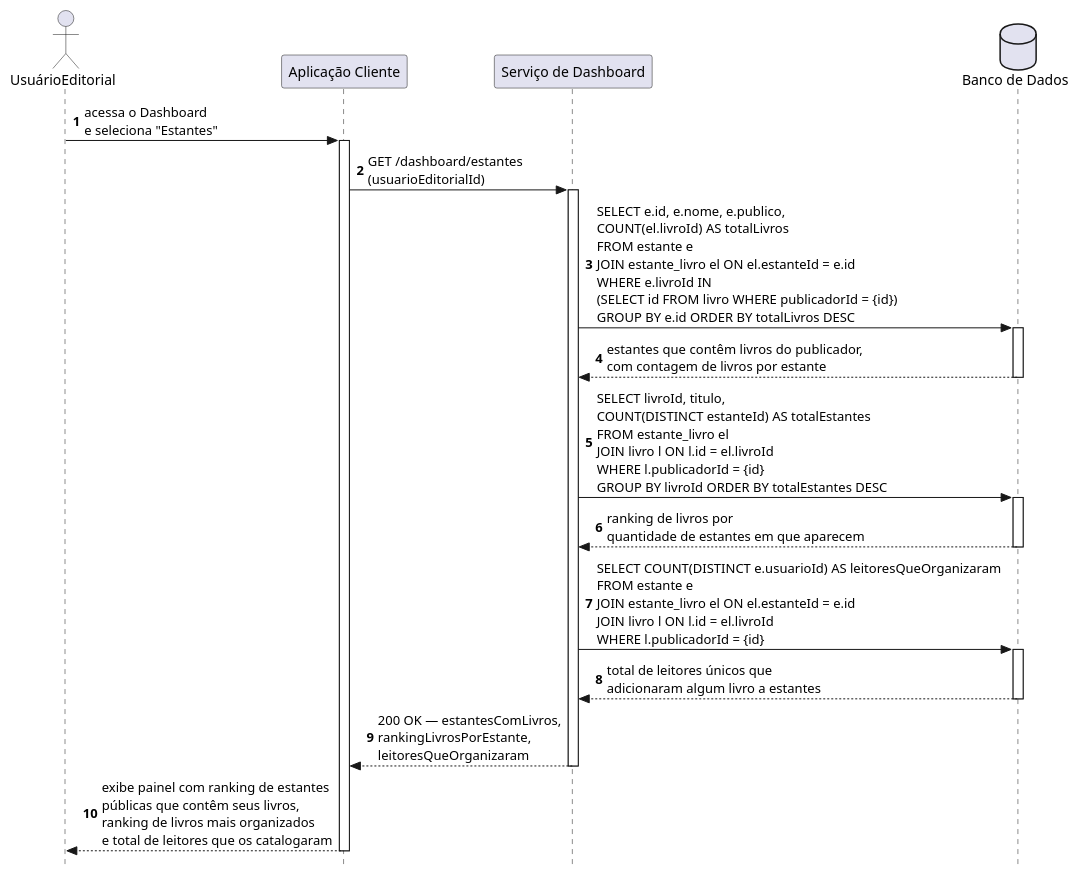
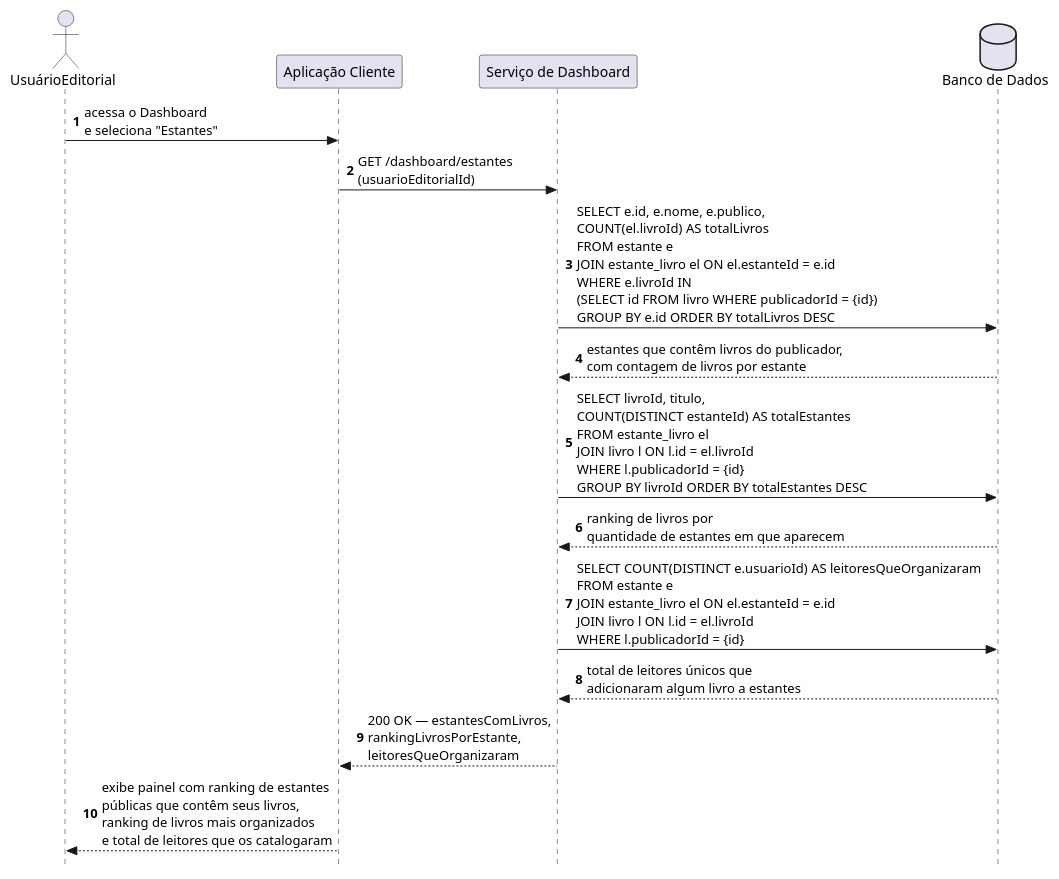
The diagram in docs/codigo-plantuml/diagramas-comunicacao/dashboard/dc-analisar_estantes.puml (jalv21/iLib), drawn with PlantUML before and after one commit.

Commit message:
docs/criando diagrama de comunicação para analisar estantes

```diff
--- a/docs/codigo-plantuml/diagramas-comunicacao/dashboard/dc-analisar_estantes.puml
+++ b/docs/codigo-plantuml/diagramas-comunicacao/dashboard/dc-analisar_estantes.puml
@@ -1,37 +1,27 @@
-@startuml ds-analisar_estantes
+@startuml dc-analisar_estantes
 autonumber
 skinparam style strictuml
 
 actor UsuarioEditorial as "UsuárioEditorial"
 participant Client           as "Aplicação Cliente"
 participant ServiceDashboard as "Serviço de Dashboard"
 database    BD               as "Banco de Dados"
 
 UsuarioEditorial -> Client : acessa o Dashboard\ne seleciona "Estantes"
-activate Client
 
 Client -> ServiceDashboard : GET /dashboard/estantes\n(usuarioEditorialId)
-activate ServiceDashboard
 
 ServiceDashboard -> BD : SELECT e.id, e.nome, e.publico,\nCOUNT(el.livroId) AS totalLivros\nFROM estante e\nJOIN estante_livro el ON el.estanteId = e.id\nWHERE e.livroId IN\n(SELECT id FROM livro WHERE publicadorId = {id})\nGROUP BY e.id ORDER BY totalLivros DESC
-activate BD
 BD --> ServiceDashboard : estantes que contêm livros do publicador,\ncom contagem de livros por estante
-deactivate BD
 
 ServiceDashboard -> BD : SELECT livroId, titulo,\nCOUNT(DISTINCT estanteId) AS totalEstantes\nFROM estante_livro el\nJOIN livro l ON l.id = el.livroId\nWHERE l.publicadorId = {id}\nGROUP BY livroId ORDER BY totalEstantes DESC
-activate BD
 BD --> ServiceDashboard : ranking de livros por\nquantidade de estantes em que aparecem
-deactivate BD
 
 ServiceDashboard -> BD : SELECT COUNT(DISTINCT e.usuarioId) AS leitoresQueOrganizaram\nFROM estante e\nJOIN estante_livro el ON el.estanteId = e.id\nJOIN livro l ON l.id = el.livroId\nWHERE l.publicadorId = {id}
-activate BD
 BD --> ServiceDashboard : total de leitores únicos que\nadicionaram algum livro a estantes
-deactivate BD
 
 ServiceDashboard --> Client : 200 OK — estantesComLivros,\nrankingLivrosPorEstante,\nleitoresQueOrganizaram
-deactivate ServiceDashboard
 
 Client --> UsuarioEditorial : exibe painel com ranking de estantes\npúblicas que contêm seus livros,\nranking de livros mais organizados\ne total de leitores que os catalogaram
-deactivate Client
 
 @enduml
```
